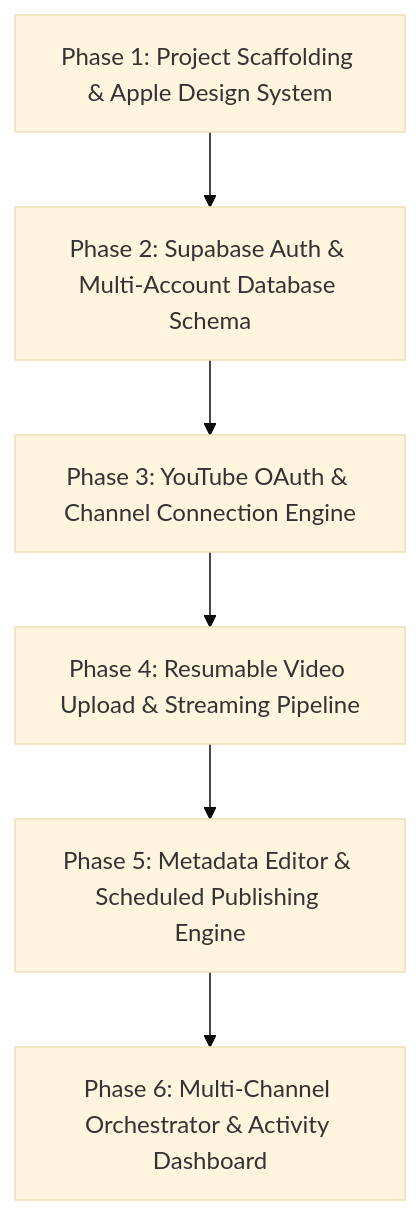
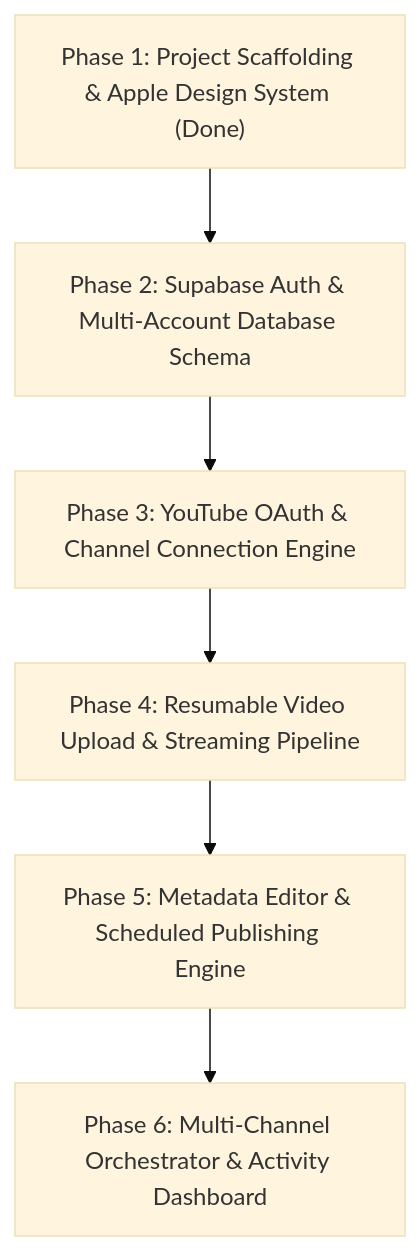
Before and after one commit to nil-frontend/Social-Hub: the diagram in .planning/ROADMAP.md, drawn with Mermaid (base theme). The commit also changed other lines of this file and 24 other files, not shown here.

Commit message:
feat(phase-1): complete scaffolding, Apple design system, and responsive app shell

````diff
--- a/.planning/ROADMAP.md
+++ b/.planning/ROADMAP.md
@@ -5,8 +5,8 @@
 ```mermaid
 flowchart TD
-    P1["Phase 1: Project Scaffolding & Apple Design System"] --> P2["Phase 2: Supabase Auth & Multi-Account Database Schema"]
+    P1["Phase 1: Project Scaffolding & Apple Design System (Done)"] --> P2["Phase 2: Supabase Auth & Multi-Account Database Schema"]
     P2 --> P3["Phase 3: YouTube OAuth & Channel Connection Engine"]
     P3 --> P4["Phase 4: Resumable Video Upload & Streaming Pipeline"]
     P4 --> P5["Phase 5: Metadata Editor & Scheduled Publishing Engine"]
     P5 --> P6["Phase 6: Multi-Channel Orchestrator & Activity Dashboard"]
 ```
````
